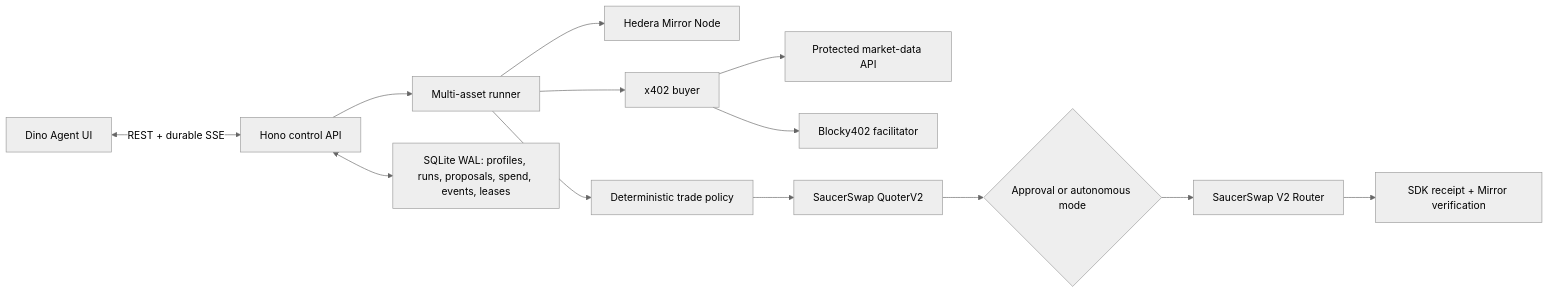
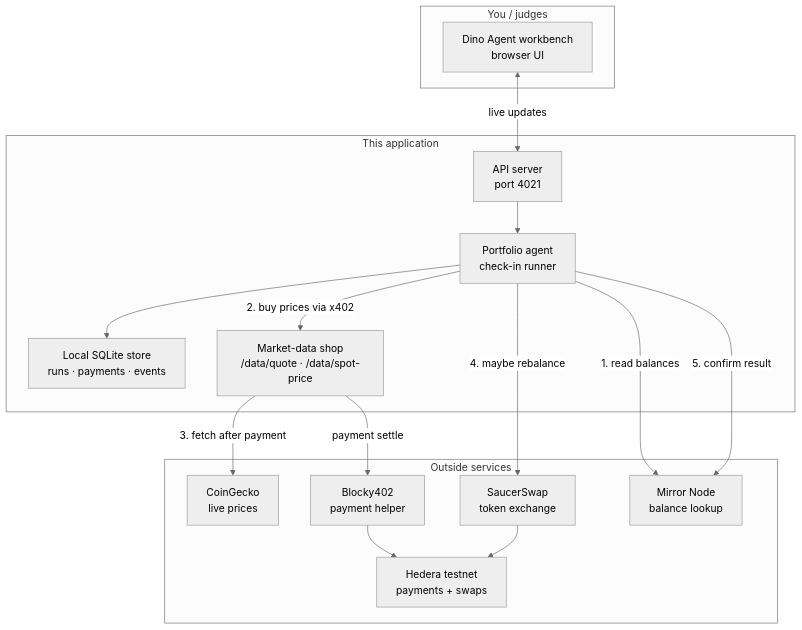
One commit to fadexadex/dino-x402 changed the first of 2 diagrams in README.md. Above: the diagram before and after it, drawn with Mermaid (neutral theme). The commit also changed other lines of this file and 8 other files, not shown here.

First line of the commit message:
Add demo script and judge-friendly README with architecture diagrams

````diff
--- a/README.md
+++ b/README.md
@@ -62,15 +103,33 @@
 ```mermaid
-flowchart LR
-  UI["Dino Agent UI"] <-->|"REST + durable SSE"| API["Hono control API"]
-  API --> ORCH["Multi-asset runner"]
-  ORCH --> MIRROR["Hedera Mirror Node"]
-  ORCH --> X402["x402 buyer"]
-  X402 --> DATA["Protected market-data API"]
-  X402 --> FAC["Blocky402 facilitator"]
-  ORCH --> POLICY["Deterministic trade policy"]
-  POLICY --> QUOTER["SaucerSwap QuoterV2"]
-  QUOTER --> GATE{"Approval or autonomous mode"}
-  GATE --> ROUTER["SaucerSwap V2 Router"]
-  ROUTER --> VERIFY["SDK receipt + Mirror verification"]
-  API <--> DB["SQLite WAL: profiles, runs, proposals, spend, events, leases"]
+flowchart TB
+  subgraph People["You / judges"]
+    UI["Dino Agent workbench<br/>browser UI"]
+  end
+
+  subgraph App["This application"]
+    API["API server<br/>port 4021"]
+    AGENT["Portfolio agent<br/>check-in runner"]
+    STORE["Local SQLite store<br/>runs · payments · events"]
+    DATA["Market-data shop<br/>/data/quote · /data/spot-price"]
+  end
+
+  subgraph Outside["Outside services"]
+    CG["CoinGecko<br/>live prices"]
+    FAC["Blocky402<br/>payment helper"]
+    HED["Hedera testnet<br/>payments + swaps"]
+    DEX["SaucerSwap<br/>token exchange"]
+    MIR["Mirror Node<br/>balance lookup"]
+  end
+
+  UI <-->|"live updates"| API
+  API --> AGENT
+  AGENT --> STORE
+  AGENT -->|"1. read balances"| MIR
+  AGENT -->|"2. buy prices via x402"| DATA
+  DATA -->|"3. fetch after payment"| CG
+  DATA -->|"payment settle"| FAC
+  FAC --> HED
+  AGENT -->|"4. maybe rebalance"| DEX
+  DEX --> HED
+  AGENT -->|"5. confirm result"| MIR
 ```
````
